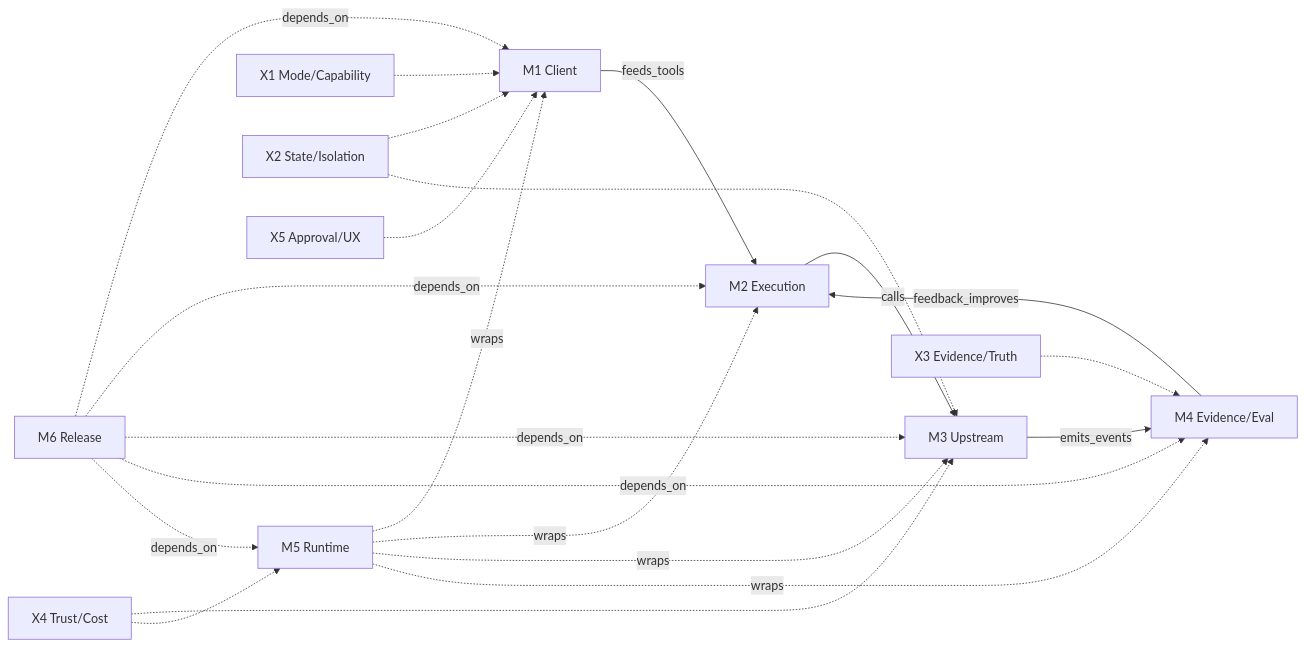
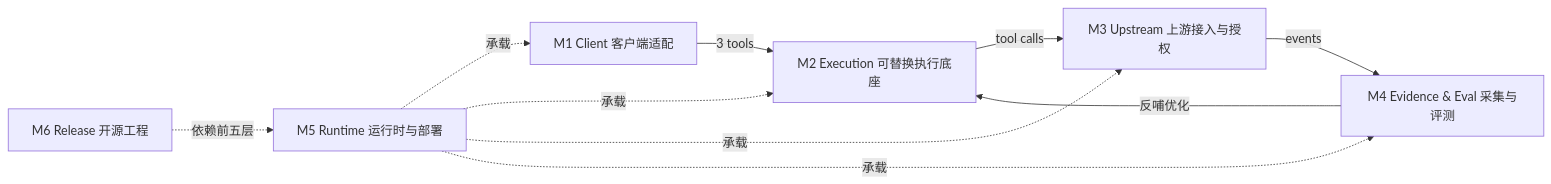
Before and after one commit to Bruce-Yii/gemini-mcp-gateway: the first of 2 diagrams in docs/ARCHITECTURE-INDEX.md, drawn with Mermaid. The commit also changed other lines of this file and 6 other files, not shown here.

Commit message:
docs(arch): [云端总控] consolidate architecture docs into progressive index

````diff
--- a/docs/ARCHITECTURE-INDEX.md
+++ b/docs/ARCHITECTURE-INDEX.md
@@ -51,23 +30,12 @@
 ```mermaid
 graph LR
-  M1[M1 Client] -->|feeds_tools| M2[M2 Execution]
-  M2 -->|calls| M3[M3 Upstream]
-  M3 -->|emits_events| M4[M4 Evidence/Eval]
-  M4 -->|feedback_improves| M2
-  M5[M5 Runtime] -.->|wraps| M1
-  M5 -.->|wraps| M2
-  M5 -.->|wraps| M3
-  M5 -.->|wraps| M4
-  M6[M6 Release] -.->|depends_on| M1
-  M6 -.->|depends_on| M2
-  M6 -.->|depends_on| M3
-  M6 -.->|depends_on| M4
-  M6 -.->|depends_on| M5
-  X1[X1 Mode/Capability] -.-> M1
-  X2[X2 State/Isolation] -.-> M1
-  X2 -.-> M3
-  X3[X3 Evidence/Truth] -.-> M4
-  X4[X4 Trust/Cost] -.-> M3
-  X4 -.-> M5
-  X5[X5 Approval/UX] -.-> M1
+  M1[M1 Client 客户端适配] -->|3 tools| M2[M2 Execution 可替换执行底座]
+  M2 -->|tool calls| M3[M3 Upstream 上游接入与授权]
+  M3 -->|events| M4[M4 Evidence & Eval 采集与评测]
+  M4 -->|反哺优化| M2
+  M5[M5 Runtime 运行时与部署] -.->|承载| M1
+  M5 -.->|承载| M2
+  M5 -.->|承载| M3
+  M5 -.->|承载| M4
+  M6[M6 Release 开源工程] -.->|依赖前五层| M5
 ```
````
